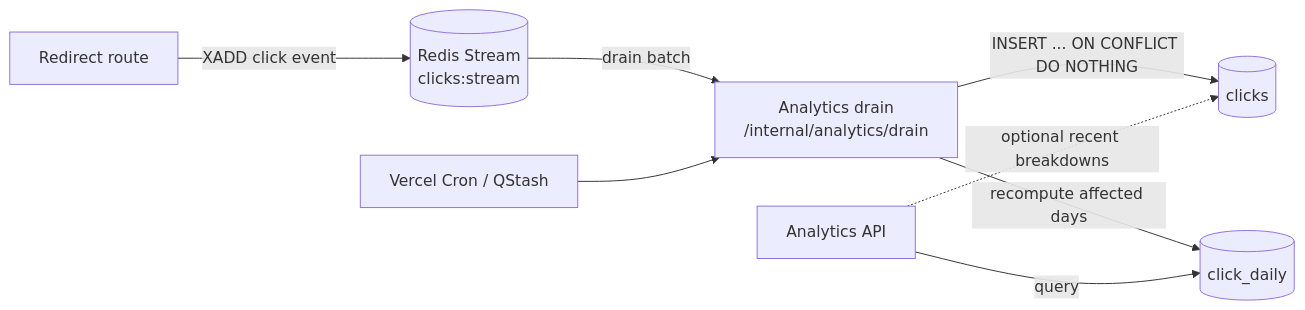
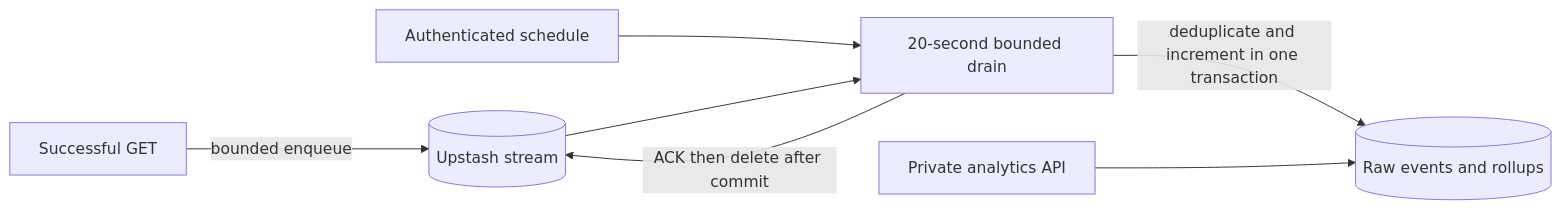
The diagram in docs/backend/analytics.md (sarankumar1325/url-shortner), drawn with Mermaid before and after one commit. The commit also changed other lines of this file and 20 other files, not shown here.

````diff
--- a/docs/backend/analytics.md
+++ b/docs/backend/analytics.md
@@ -15,10 +14,9 @@
 ```mermaid
 flowchart LR
-    R[Redirect route] -->|XADD click event| S[(Redis Stream<br/>clicks:stream)]
-    S -->|drain batch| W[Analytics drain<br/>/internal/analytics/drain]
-    W -->|INSERT ... ON CONFLICT DO NOTHING| C[(clicks)]
-    W -->|recompute affected days| D[(click_daily)]
-    A[Analytics API] -->|query| D
-    A -.->|optional recent breakdowns| C
-    T[Vercel Cron / QStash] --> W
+    GET[Successful GET] -->|bounded enqueue| Stream[(Upstash stream)]
+    Cron[Authenticated schedule] --> Worker[20-second bounded drain]
+    Stream --> Worker
+    Worker -->|deduplicate and increment in one transaction| DB[(Raw events and rollups)]
+    Worker -->|ACK then delete after commit| Stream
+    API[Private analytics API] --> DB
 ```
````
